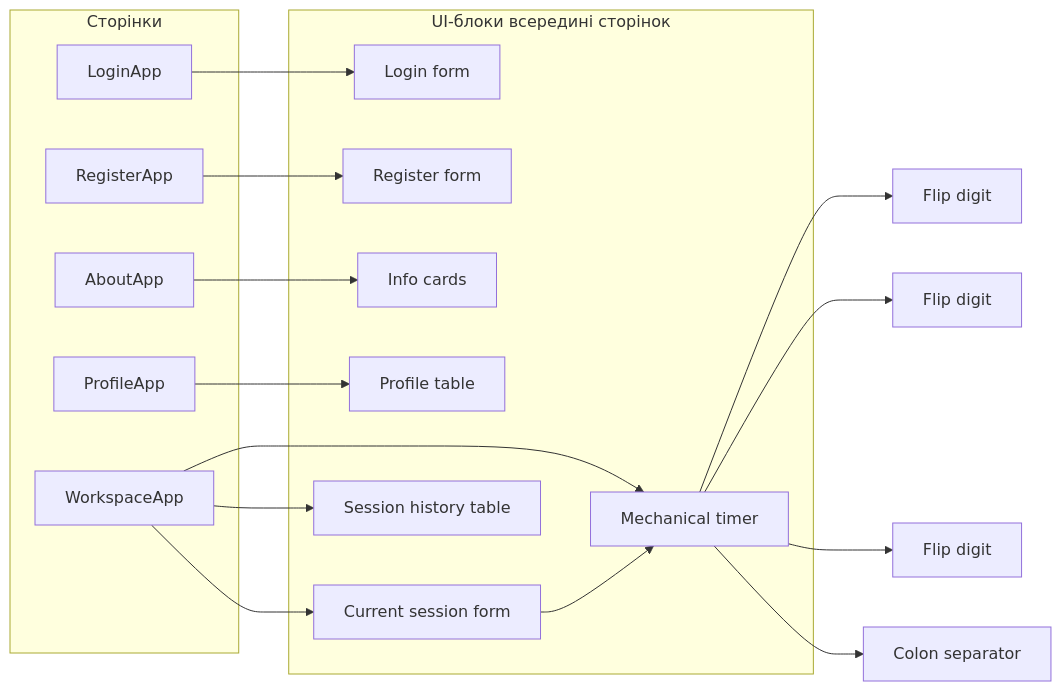
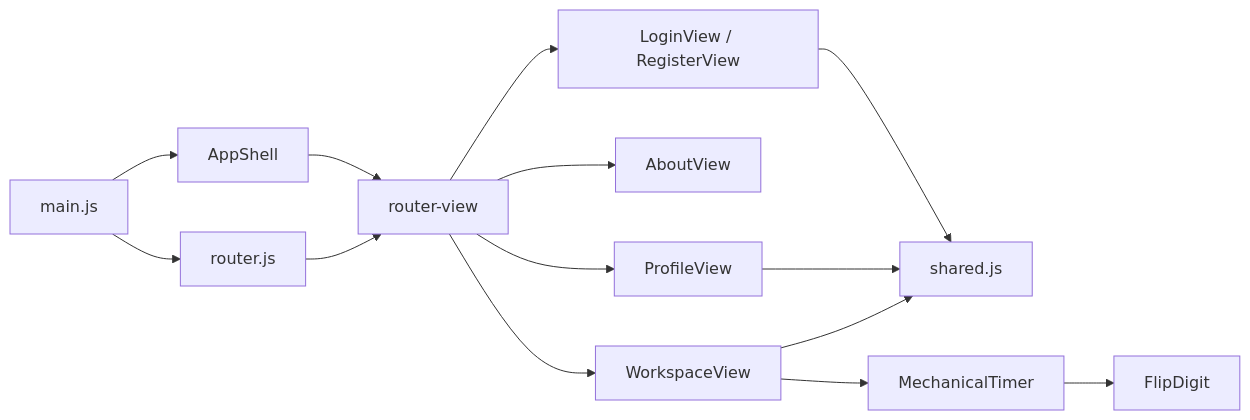
One commit to PR0TX/Web-design changed the second of 3 diagrams in README.md. Above: the diagram before and after it, drawn with Mermaid. The commit also changed other lines of this file and 21 other files, not shown here.

````diff
--- a/README.md
+++ b/README.md
@@ -89,34 +91,19 @@
 ```mermaid
 flowchart LR
-    subgraph Pages["Сторінки"]
-        Login["LoginApp"]
-        Register["RegisterApp"]
-        About["AboutApp"]
-        Profile["ProfileApp"]
-        Workspace["WorkspaceApp"]
-    end
+    Main["main.js"] --> Router["router.js"]
+    Main --> Shell["AppShell"]
+    Shell --> View["router-view"]
+    Router --> View
 
-    subgraph UI["UI-блоки всередині сторінок"]
-        LoginForm[Login form]
-        RegisterForm[Register form]
-        AboutCards[Info cards]
-        ProfileTable[Profile table]
-        WorkspaceForm[Current session form]
-        Timer[Mechanical timer]
-        HistoryTable[Session history table]
-    end
+    View --> Auth["LoginView / RegisterView"]
+    View --> About["AboutView"]
+    View --> Profile["ProfileView"]
+    View --> Workspace["WorkspaceView"]
 
-    Login --> LoginForm
-    Register --> RegisterForm
-    About --> AboutCards
-    Profile --> ProfileTable
-    Workspace --> WorkspaceForm
-    Workspace --> Timer
-    Workspace --> HistoryTable
+    Auth --> Shared["shared.js"]
+    Profile --> Shared
+    Workspace --> Shared
 
-    WorkspaceForm --> Timer
-    Timer --> Flip1[Flip digit]
-    Timer --> Flip2[Flip digit]
-    Timer --> Flip3[Flip digit]
-    Timer --> Colon[Colon separator]
+    Workspace --> Timer["MechanicalTimer"]
+    Timer --> Flip["FlipDigit"]
 ```
````
